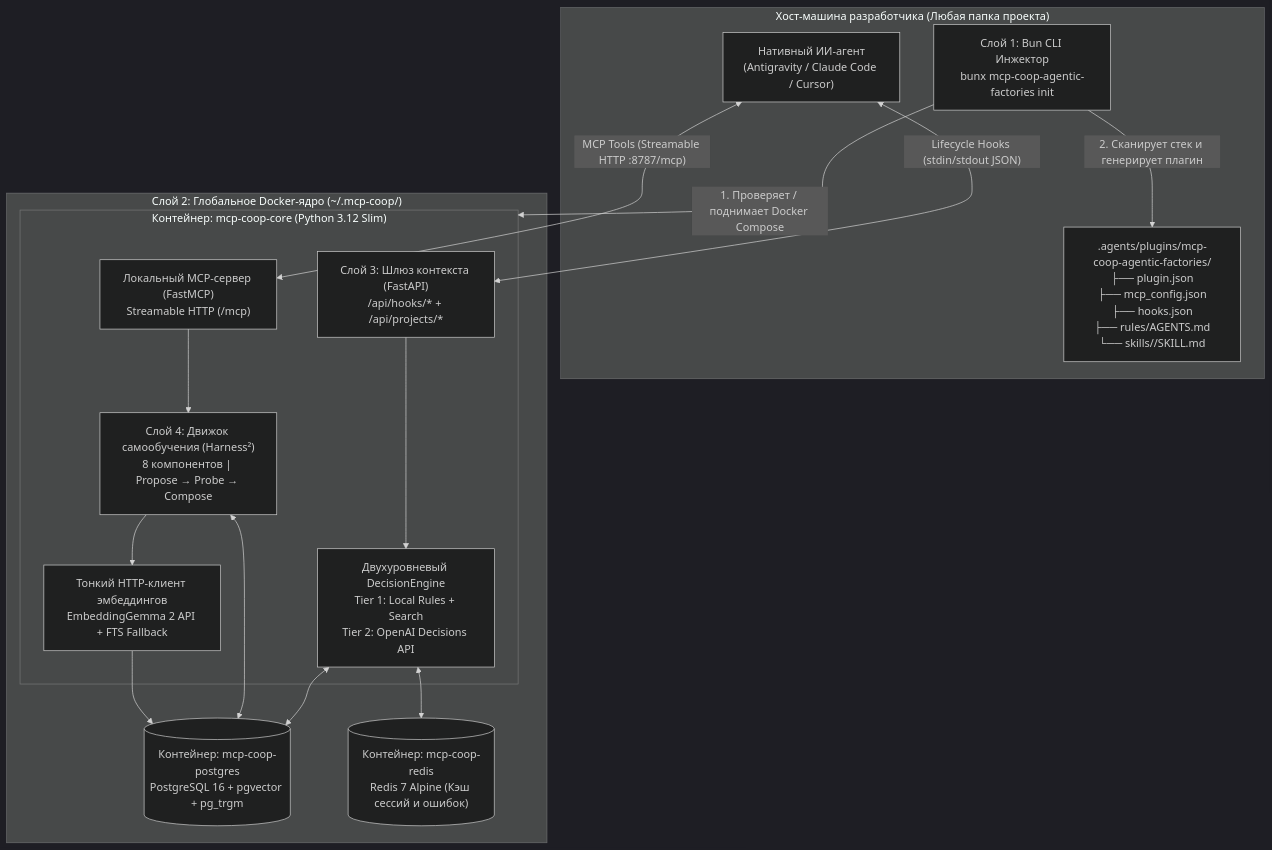
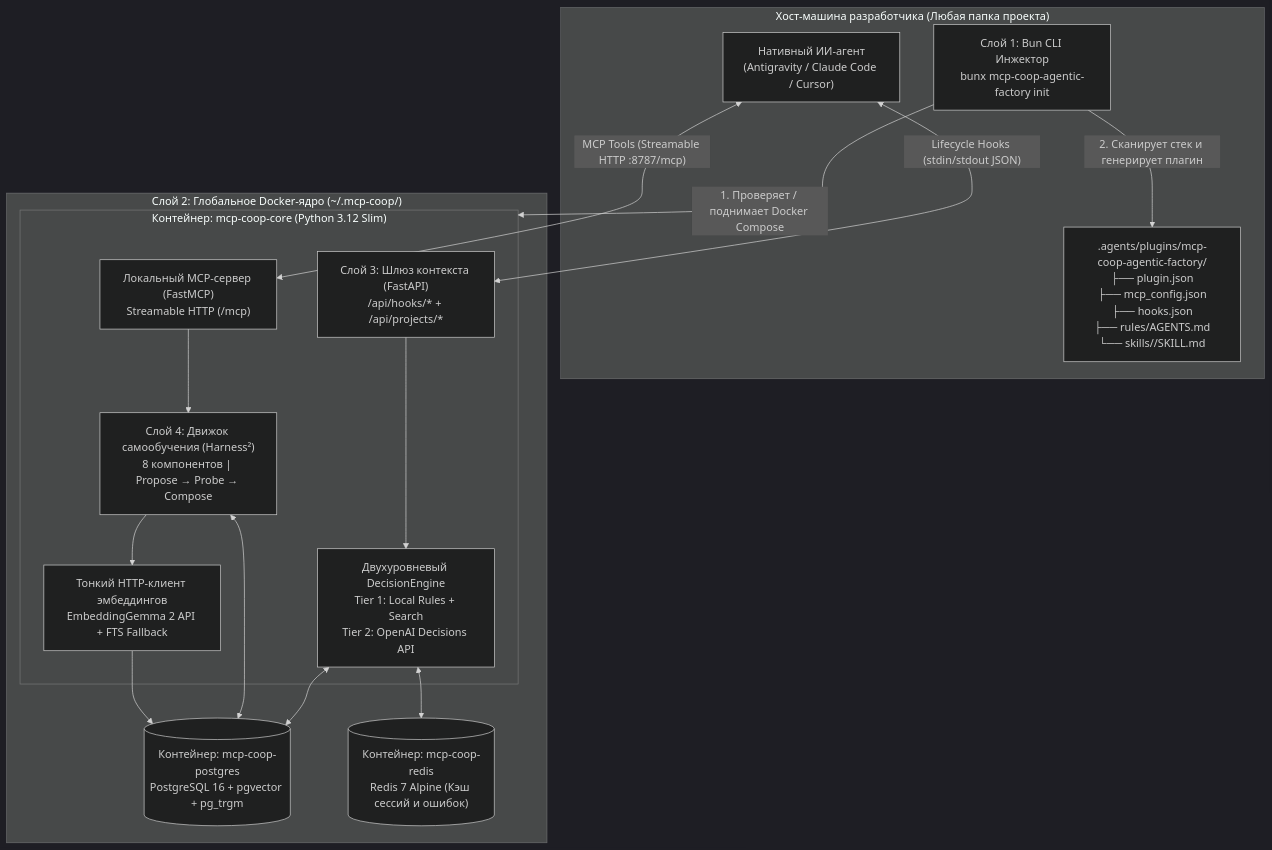
One commit to Shpakowski/shpakich-agent changed the diagram in SPEC.md. Above: the diagram before and after it, drawn with Mermaid (dark theme). The commit also changed other lines of this file and 6 other files, not shown here.

Commit message:
refactor(harness): rename to singular mcp-coop-agentic-factory and refine hook exception handling

````diff
--- a/SPEC.md
+++ b/SPEC.md
@@ -22,32 +22,32 @@
 ```mermaid
 flowchart TB
     subgraph Host["Хост-машина разработчика (Любая папка проекта)"]
-        CLI["Слой 1: Bun CLI Инжектор\nbunx mcp-coop-agentic-factories init"]
-        Plugin[".agents/plugins/mcp-coop-agentic-factories/\n├── plugin.json\n├── mcp_config.json\n├── hooks.json\n├── rules/AGENTS.md\n└── skills/<name>/SKILL.md"]
+        CLI["Слой 1: Bun CLI Инжектор\nbunx mcp-coop-agentic-factory init"]
+        Plugin[".agents/plugins/mcp-coop-agentic-factory/\n├── plugin.json\n├── mcp_config.json\n├── hooks.json\n├── rules/AGENTS.md\n└── skills/<name>/SKILL.md"]
         NativeAgent["Нативный ИИ-агент\n(Antigravity / Claude Code / Cursor)"]
     end
 
     subgraph Docker["Слой 2: Глобальное Docker-ядро (~/.mcp-coop/)"]
         subgraph PyCore["Контейнер: mcp-coop-core (Python 3.12 Slim)"]
             FastAPI["Слой 3: Шлюз контекста (FastAPI)\n/api/hooks/* + /api/projects/*"]
             FastMCP["Локальный MCP-сервер (FastMCP)\nStreamable HTTP (/mcp)"]
             DecisionEngine["Двухуровневый DecisionEngine\nTier 1: Local Rules + Search\nTier 2: OpenAI Decisions API"]
             HarnessEngine["Слой 4: Движок самообучения (Harness²)\n8 компонентов | Propose → Probe → Compose"]
             EmbedClient["Тонкий HTTP-клиент эмбеддингов\nEmbeddingGemma 2 API + FTS Fallback"]
         end
         PG[("Контейнер: mcp-coop-postgres\nPostgreSQL 16 + pgvector + pg_trgm")]
         Redis[("Контейнер: mcp-coop-redis\nRedis 7 Alpine (Кэш сессий и ошибок)")]
     end
 
     CLI -->|"1. Проверяет / поднимает Docker Compose"| PyCore
     CLI -->|"2. Сканирует стек и генерирует плагин"| Plugin
     NativeAgent <-->|"Lifecycle Hooks (stdin/stdout JSON)"| FastAPI
     NativeAgent <-->|"MCP Tools (Streamable HTTP :8787/mcp)"| FastMCP
     FastAPI --> DecisionEngine
     FastMCP --> HarnessEngine
     DecisionEngine <--> Redis
     DecisionEngine <--> PG
     HarnessEngine <--> PG
     HarnessEngine --> EmbedClient
     EmbedClient --> PG
 ```
````
